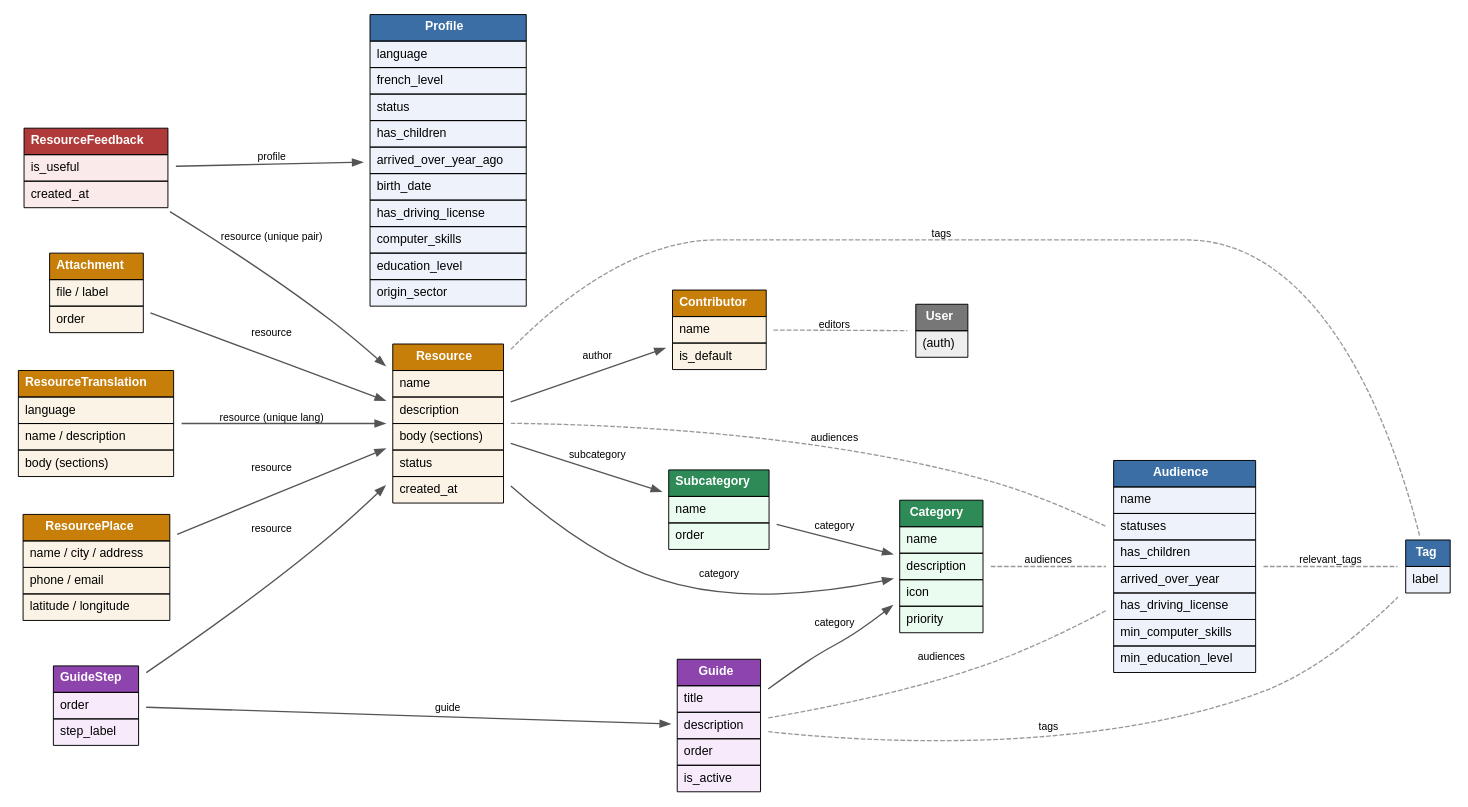
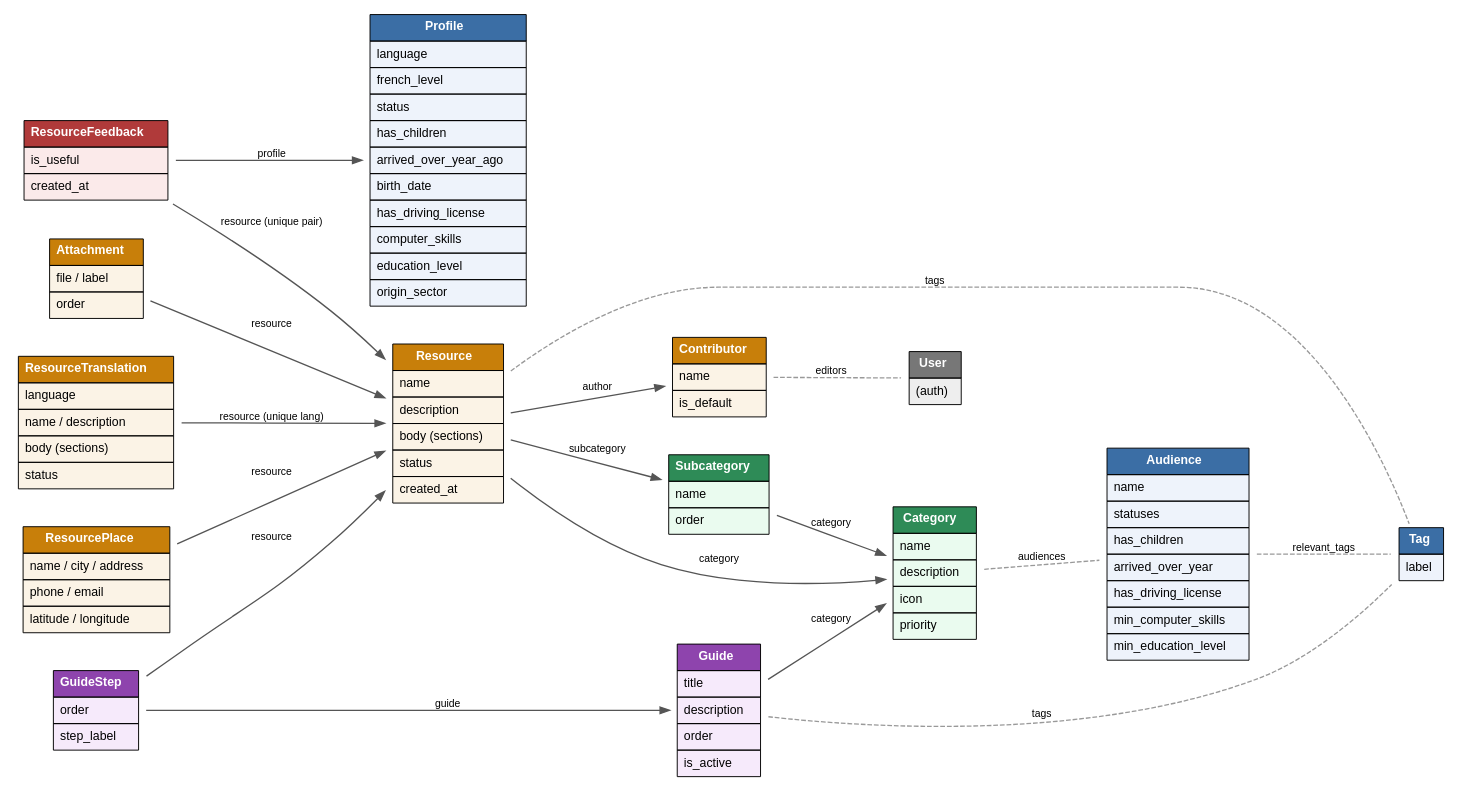
One commit to eliasdinarica/PIN-Prototype changed the diagram in backend/data_model.dot. Above: the diagram before and after it, drawn with Graphviz. The commit also changed 20 other files, not shown here.

```diff
--- a/backend/data_model.dot
+++ b/backend/data_model.dot
@@ -1,158 +1,157 @@
 digraph data_model {
     rankdir=LR;
     graph [fontname="Helvetica", fontsize=13, splines=true, nodesep=0.45, ranksep=0.9, bgcolor="white"];
     node  [shape=plaintext, fontname="Helvetica", fontsize=13];
     edge  [fontname="Helvetica", fontsize=11, color="#555555", penwidth=1.4];
 
     /* ---------- Profil et ciblage ---------- */
 
     Profile [label=<
         <table border="0" cellborder="1" cellspacing="0" cellpadding="6" bgcolor="#eef3fb">
         <tr><td bgcolor="#3b6ea5"><font color="white"><b>Profile</b></font></td></tr>
         <tr><td align="left">language</td></tr>
         <tr><td align="left">french_level</td></tr>
         <tr><td align="left">status</td></tr>
         <tr><td align="left">has_children</td></tr>
         <tr><td align="left">arrived_over_year_ago</td></tr>
         <tr><td align="left">birth_date</td></tr>
         <tr><td align="left">has_driving_license</td></tr>
         <tr><td align="left">computer_skills</td></tr>
         <tr><td align="left">education_level</td></tr>
         <tr><td align="left">origin_sector</td></tr>
         </table>>];
 
     Audience [label=<
         <table border="0" cellborder="1" cellspacing="0" cellpadding="6" bgcolor="#eef3fb">
         <tr><td bgcolor="#3b6ea5"><font color="white"><b>Audience</b></font></td></tr>
         <tr><td align="left">name</td></tr>
         <tr><td align="left">statuses</td></tr>
         <tr><td align="left">has_children</td></tr>
         <tr><td align="left">arrived_over_year</td></tr>
         <tr><td align="left">has_driving_license</td></tr>
         <tr><td align="left">min_computer_skills</td></tr>
         <tr><td align="left">min_education_level</td></tr>
         </table>>];
 
     Tag [label=<
         <table border="0" cellborder="1" cellspacing="0" cellpadding="6" bgcolor="#eef3fb">
         <tr><td bgcolor="#3b6ea5"><font color="white"><b>Tag</b></font></td></tr>
         <tr><td align="left">label</td></tr>
         </table>>];
 
     /* ---------- Taxonomie ---------- */
 
     Category [label=<
         <table border="0" cellborder="1" cellspacing="0" cellpadding="6" bgcolor="#eafbef">
         <tr><td bgcolor="#2e8b57"><font color="white"><b>Category</b></font></td></tr>
         <tr><td align="left">name</td></tr>
         <tr><td align="left">description</td></tr>
         <tr><td align="left">icon</td></tr>
         <tr><td align="left">priority</td></tr>
         </table>>];
 
     Subcategory [label=<
         <table border="0" cellborder="1" cellspacing="0" cellpadding="6" bgcolor="#eafbef">
         <tr><td bgcolor="#2e8b57"><font color="white"><b>Subcategory</b></font></td></tr>
         <tr><td align="left">name</td></tr>
         <tr><td align="left">order</td></tr>
         </table>>];
 
     /* ---------- Contenu ---------- */
 
     Resource [label=<
         <table border="0" cellborder="1" cellspacing="0" cellpadding="6" bgcolor="#fbf3e6">
         <tr><td bgcolor="#c87f0a"><font color="white"><b>Resource</b></font></td></tr>
         <tr><td align="left">name</td></tr>
         <tr><td align="left">description</td></tr>
         <tr><td align="left">body (sections)</td></tr>
         <tr><td align="left">status</td></tr>
         <tr><td align="left">created_at</td></tr>
         </table>>];
 
     ResourceTranslation [label=<
         <table border="0" cellborder="1" cellspacing="0" cellpadding="6" bgcolor="#fbf3e6">
         <tr><td bgcolor="#c87f0a"><font color="white"><b>ResourceTranslation</b></font></td></tr>
         <tr><td align="left">language</td></tr>
         <tr><td align="left">name / description</td></tr>
         <tr><td align="left">body (sections)</td></tr>
+        <tr><td align="left">status</td></tr>
         </table>>];
 
     ResourcePlace [label=<
         <table border="0" cellborder="1" cellspacing="0" cellpadding="6" bgcolor="#fbf3e6">
         <tr><td bgcolor="#c87f0a"><font color="white"><b>ResourcePlace</b></font></td></tr>
         <tr><td align="left">name / city / address</td></tr>
         <tr><td align="left">phone / email</td></tr>
         <tr><td align="left">latitude / longitude</td></tr>
         </table>>];
 
     Attachment [label=<
         <table border="0" cellborder="1" cellspacing="0" cellpadding="6" bgcolor="#fbf3e6">
         <tr><td bgcolor="#c87f0a"><font color="white"><b>Attachment</b></font></td></tr>
         <tr><td align="left">file / label</td></tr>
         <tr><td align="left">order</td></tr>
         </table>>];
 
     Contributor [label=<
         <table border="0" cellborder="1" cellspacing="0" cellpadding="6" bgcolor="#fbf3e6">
         <tr><td bgcolor="#c87f0a"><font color="white"><b>Contributor</b></font></td></tr>
         <tr><td align="left">name</td></tr>
         <tr><td align="left">is_default</td></tr>
         </table>>];
 
     /* ---------- Guides ---------- */
 
     Guide [label=<
         <table border="0" cellborder="1" cellspacing="0" cellpadding="6" bgcolor="#f6eafb">
         <tr><td bgcolor="#8e44ad"><font color="white"><b>Guide</b></font></td></tr>
         <tr><td align="left">title</td></tr>
         <tr><td align="left">description</td></tr>
         <tr><td align="left">order</td></tr>
         <tr><td align="left">is_active</td></tr>
         </table>>];
 
     GuideStep [label=<
         <table border="0" cellborder="1" cellspacing="0" cellpadding="6" bgcolor="#f6eafb">
         <tr><td bgcolor="#8e44ad"><font color="white"><b>GuideStep</b></font></td></tr>
         <tr><td align="left">order</td></tr>
         <tr><td align="left">step_label</td></tr>
         </table>>];
 
     /* ---------- Retours ---------- */
 
     ResourceFeedback [label=<
         <table border="0" cellborder="1" cellspacing="0" cellpadding="6" bgcolor="#fbeaea">
         <tr><td bgcolor="#b03a3a"><font color="white"><b>ResourceFeedback</b></font></td></tr>
         <tr><td align="left">is_useful</td></tr>
         <tr><td align="left">created_at</td></tr>
         </table>>];
 
     User [label=<
         <table border="0" cellborder="1" cellspacing="0" cellpadding="6" bgcolor="#eeeeee">
         <tr><td bgcolor="#777777"><font color="white"><b>User</b></font></td></tr>
         <tr><td align="left">(auth)</td></tr>
         </table>>];
 
     /* ---------- Relations (FK = trait plein, M2M = pointillé) ---------- */
 
     Subcategory       -> Category   [label="category", arrowhead=normal];
     Resource          -> Category   [label="category"];
     Resource          -> Subcategory[label="subcategory"];
     Resource          -> Contributor[label="author"];
     ResourcePlace     -> Resource   [label="resource"];
     Attachment        -> Resource   [label="resource"];
     ResourceTranslation -> Resource [label="resource (unique lang)"];
     GuideStep         -> Guide      [label="guide"];
     GuideStep         -> Resource   [label="resource"];
     Guide             -> Category   [label="category"];
     ResourceFeedback  -> Profile    [label="profile"];
     ResourceFeedback  -> Resource   [label="resource (unique pair)"];
 
     edge [style=dashed, color="#999999", arrowhead=none, penwidth=1.4];
     Category  -> Audience [label="audiences"];
-    Resource  -> Audience [label="audiences"];
     Resource  -> Tag      [label="tags"];
-    Guide     -> Audience [label="audiences"];
     Guide     -> Tag      [label="tags"];
     Audience  -> Tag      [label="relevant_tags"];
     Contributor -> User   [label="editors"];
 }
```
